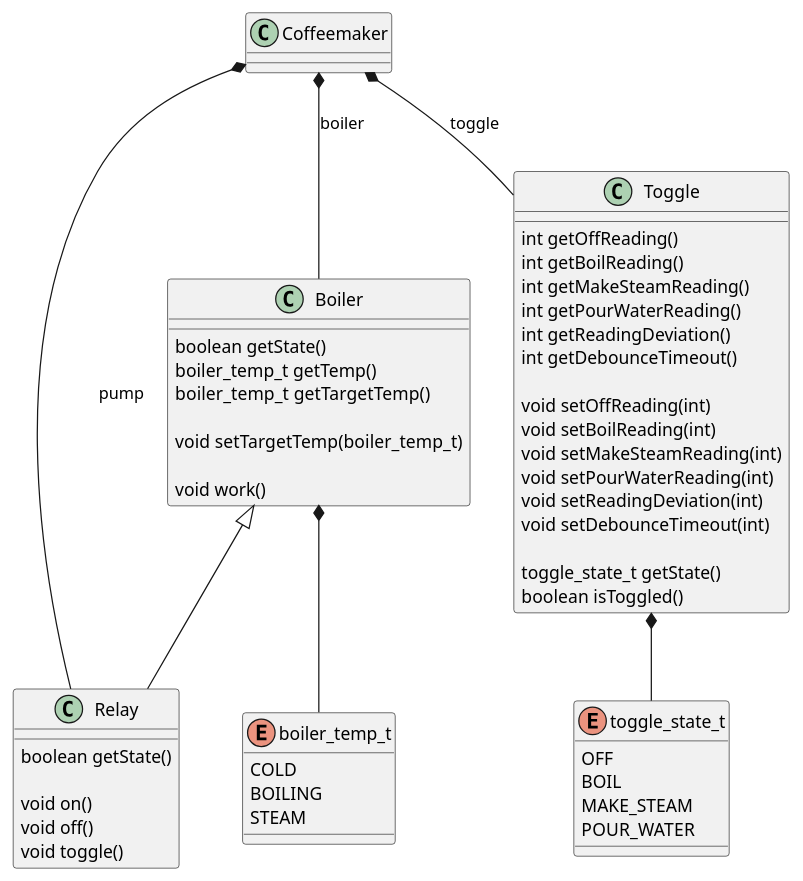
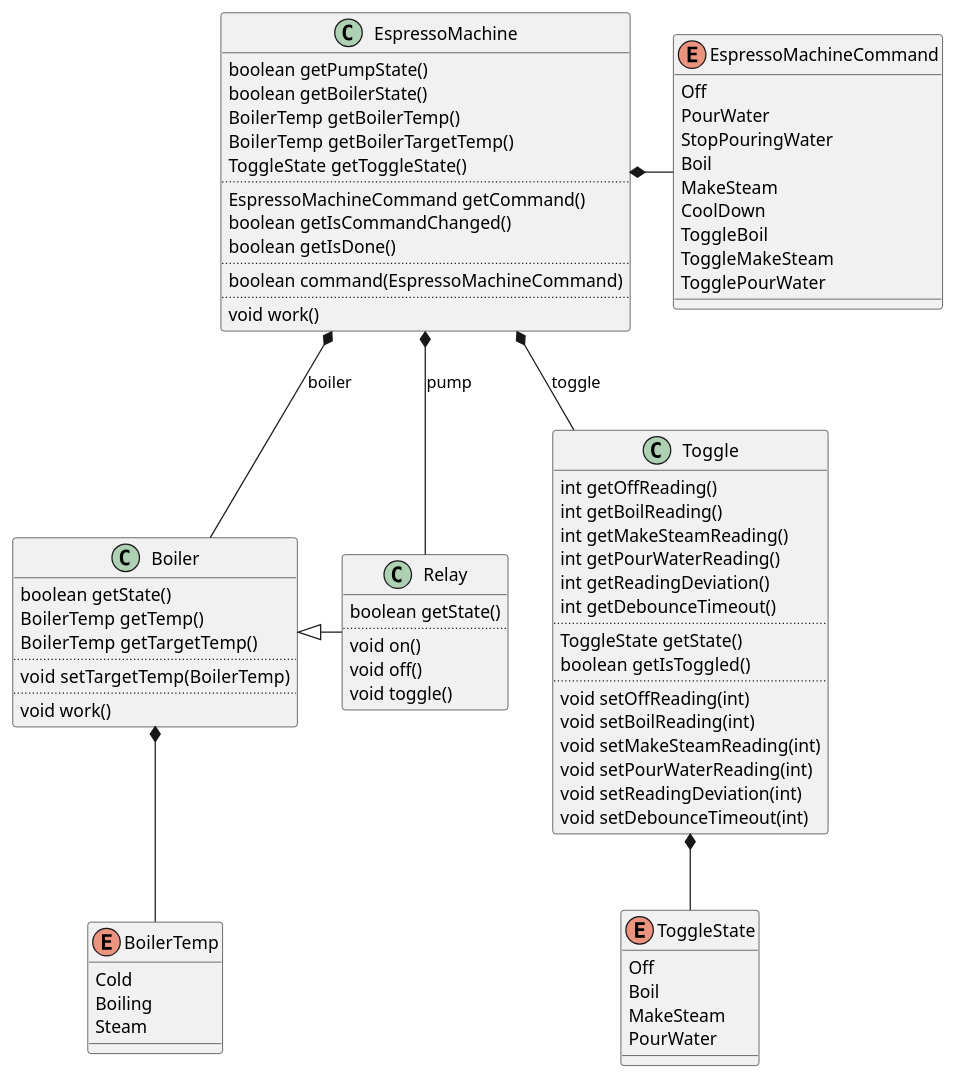
Before and after one commit to loginov-rocks/Connected-Espresso-Machine: the diagram in docs/Firmware/Class-Diagram.puml, drawn with PlantUML. The commit also changed 9 other files, not shown here.

```diff
--- a/docs/Firmware/Class-Diagram.puml
+++ b/docs/Firmware/Class-Diagram.puml
@@ -1,71 +1,92 @@
 @startuml Class
 
-class Relay
-{
+class Relay {
     boolean getState()
-
+    ..
     void on()
     void off()
     void toggle()
 }
 
-enum boiler_temp_t
-{
-    COLD
-    BOILING
-    STEAM
+enum BoilerTemp {
+    Cold
+    Boiling
+    Steam
 }
 
-class Boiler
-{
+class Boiler {
     boolean getState()
-    boiler_temp_t getTemp()
-    boiler_temp_t getTargetTemp()
-
-    void setTargetTemp(boiler_temp_t)
-
+    BoilerTemp getTemp()
+    BoilerTemp getTargetTemp()
+    ..
+    void setTargetTemp(BoilerTemp)
+    ..
     void work()
 }
 
-enum toggle_state_t
-{
-    OFF
-    BOIL
-    MAKE_STEAM
-    POUR_WATER
+enum ToggleState {
+    Off
+    Boil
+    MakeSteam
+    PourWater
 }
 
-class Toggle
-{
+class Toggle {
     int getOffReading()
     int getBoilReading()
     int getMakeSteamReading()
     int getPourWaterReading()
     int getReadingDeviation()
     int getDebounceTimeout()
-
+    ..
+    ToggleState getState()
+    boolean getIsToggled()
+    ..
     void setOffReading(int)
     void setBoilReading(int)
     void setMakeSteamReading(int)
     void setPourWaterReading(int)
     void setReadingDeviation(int)
     void setDebounceTimeout(int)
-
-    toggle_state_t getState()
-    boolean isToggled()
 }
 
-class Coffeemaker
-{
+enum EspressoMachineCommand {
+    Off
+    PourWater
+    StopPouringWater
+    Boil
+    MakeSteam
+    CoolDown
+    ToggleBoil
+    ToggleMakeSteam
+    TogglePourWater
 }
 
-Boiler <|-- Relay
-Boiler *-- boiler_temp_t
+class EspressoMachine {
+    boolean getPumpState()
+    boolean getBoilerState()
+    BoilerTemp getBoilerTemp()
+    BoilerTemp getBoilerTargetTemp()
+    ToggleState getToggleState()
+    ..
+    EspressoMachineCommand getCommand()
+    boolean getIsCommandChanged()
+    boolean getIsDone()
+    ..
+    boolean command(EspressoMachineCommand)
+    ..
+    void work()
+}
 
-Toggle *-- toggle_state_t
+Boiler <|- Relay
+Boiler *-- BoilerTemp
 
-Coffeemaker *-- Relay: pump
-Coffeemaker *-- Boiler: boiler
-Coffeemaker *-- Toggle: toggle
+Toggle *-- ToggleState
+
+EspressoMachine *- EspressoMachineCommand
+
+EspressoMachine *-- Relay: pump
+EspressoMachine *-- Boiler: boiler
+EspressoMachine *-- Toggle: toggle
 
 @enduml
```
